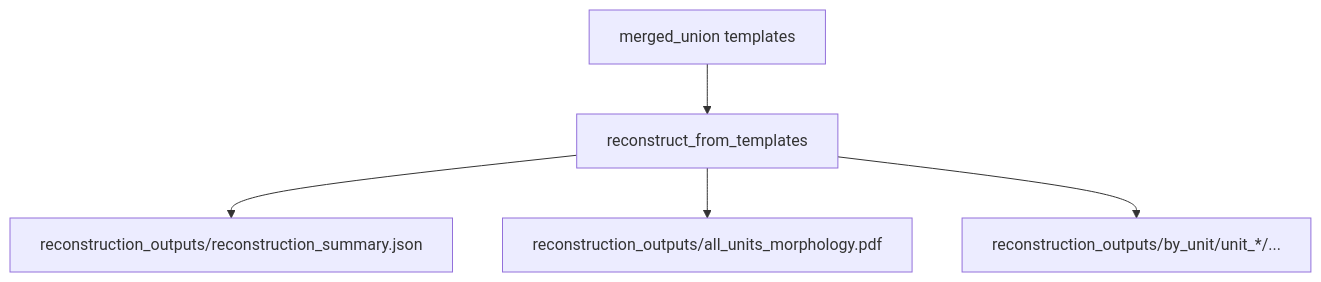
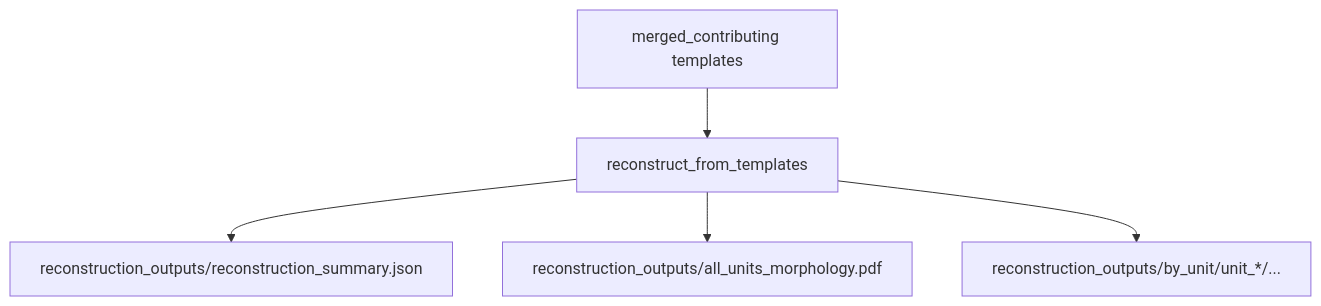
One commit to adamwea/axon_reconstructor changed the diagram in src/axon_reconstructor/pipeline/reconstruction/README.md. Above: the diagram before and after it, drawn with Mermaid. The commit also changed other lines of this file and 21 other files, not shown here.

````diff
--- a/src/axon_reconstructor/pipeline/reconstruction/README.md
+++ b/src/axon_reconstructor/pipeline/reconstruction/README.md
@@ -42,7 +40,7 @@
 ```mermaid
 flowchart TD
-  A[merged_union templates] --> B[reconstruct_from_templates]
+  A[merged_contributing templates] --> B[reconstruct_from_templates]
   B --> C[reconstruction_outputs/reconstruction_summary.json]
   B --> D[reconstruction_outputs/all_units_morphology.pdf]
   B --> E[reconstruction_outputs/by_unit/unit_*/...]
 ```
````
